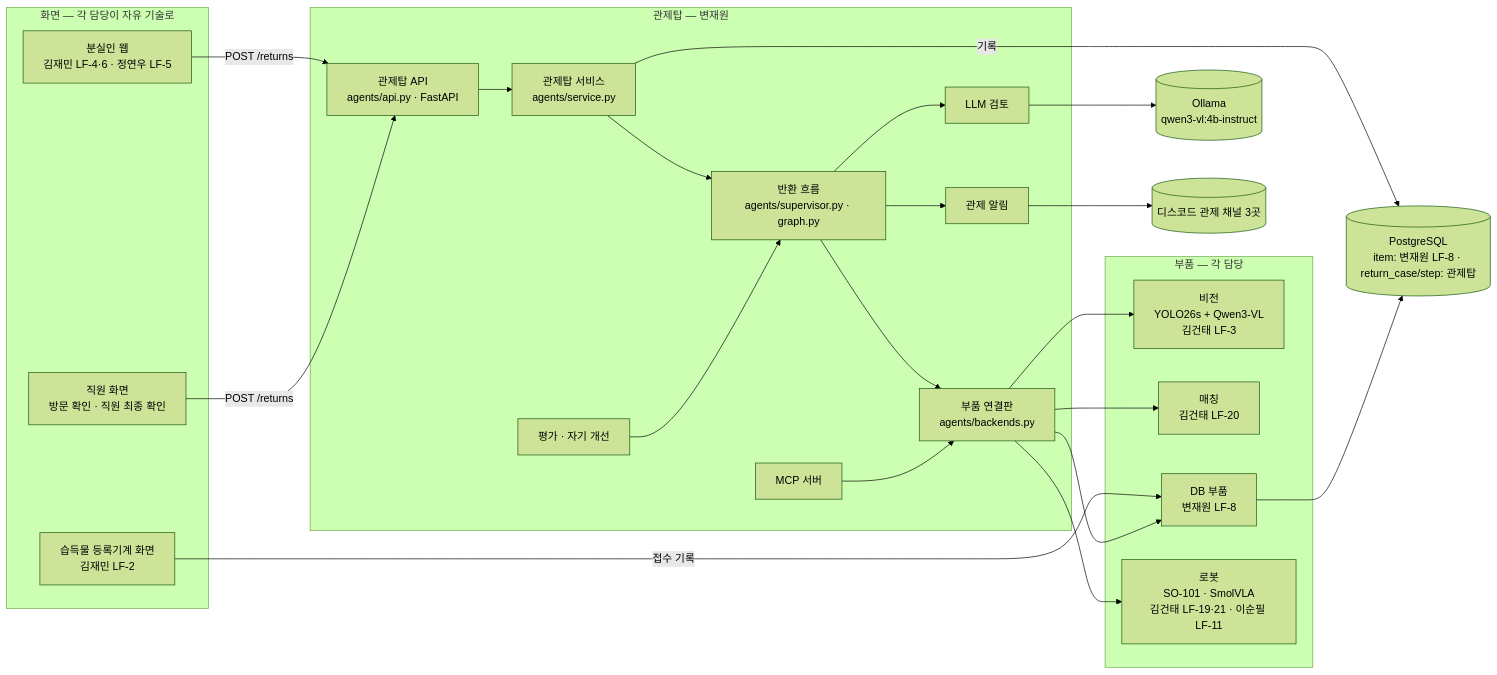
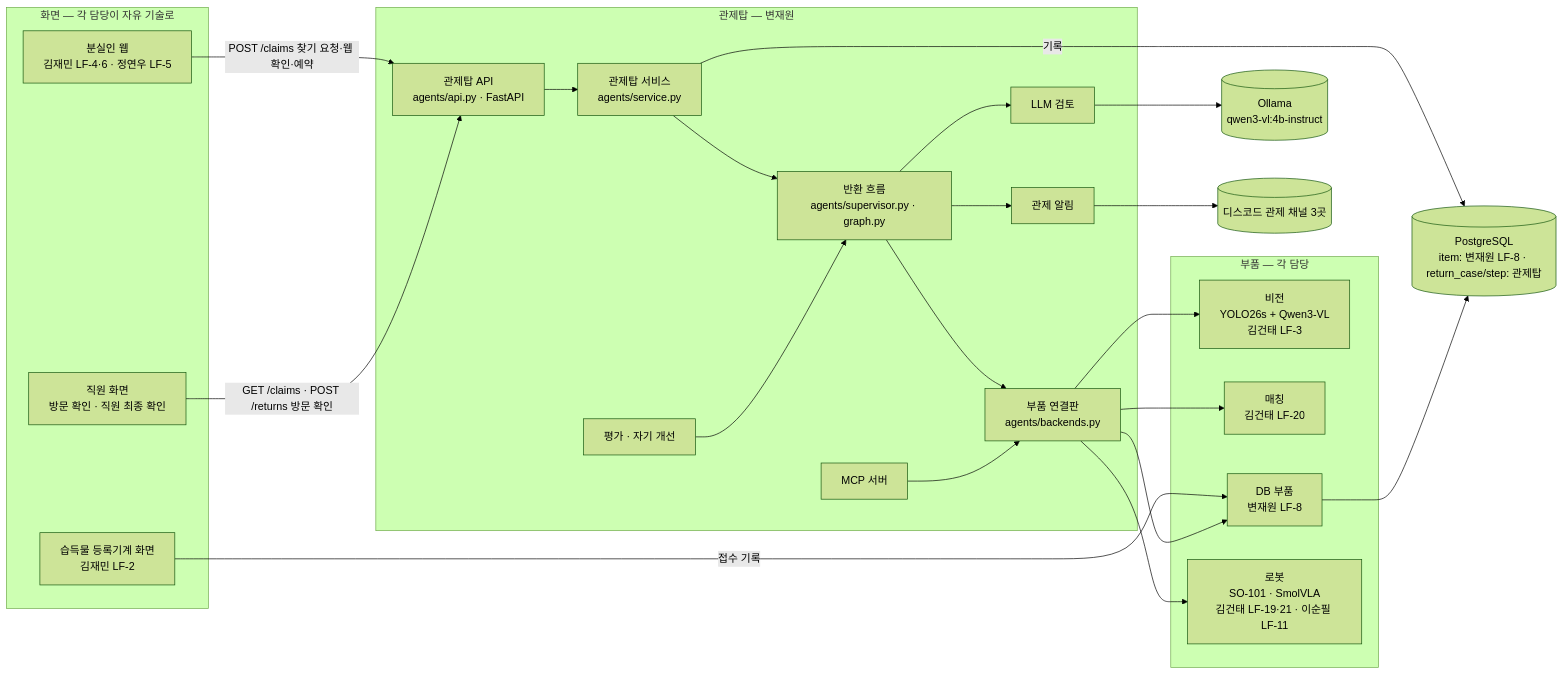
The first of 2 diagrams in docs/design/architecture.md (agentops-lostfound/ai-lostfound-tower), drawn with Mermaid (forest theme) before and after one commit. The commit also changed other lines of this file and 9 other files, not shown here.

First line of the commit message:
LF-14 웹·관제탑 2단계 연결(POST /claims·GET /claims·claim_id 반환)과 본센터 직원 화면(/staff) 추가 (웹 확인 결과를 저장값으로만 쓰고, 방문 때 현장 확인 3개로 반환 시작)

````diff
--- a/docs/design/architecture.md
+++ b/docs/design/architecture.md
@@ -7,38 +7,38 @@
 ```mermaid
 flowchart LR
   subgraph Screens[화면 — 각 담당이 자유 기술로]
     Kiosk[습득물 등록기계 화면<br/>김재민 LF-2]
     Web[분실인 웹<br/>김재민 LF-4·6 · 정연우 LF-5]
     Staff[직원 화면<br/>방문 확인 · 직원 최종 확인]
   end
   subgraph Tower[관제탑 — 변재원]
     API[관제탑 API<br/>agents/api.py · FastAPI]
     SVC[관제탑 서비스<br/>agents/service.py]
     SUP[반환 흐름<br/>agents/supervisor.py · graph.py]
     CB[부품 연결판<br/>agents/backends.py]
     REV[LLM 검토]
     REP[관제 알림]
     EVAL[평가 · 자기 개선]
     MCP[MCP 서버]
   end
   subgraph Parts[부품 — 각 담당]
     V[비전<br/>YOLO26s + Qwen3-VL<br/>김건태 LF-3]
     M[매칭<br/>김건태 LF-20]
     D[DB 부품<br/>변재원 LF-8]
     R[로봇<br/>SO-101 · SmolVLA<br/>김건태 LF-19·21 · 이순필 LF-11]
   end
   PG[(PostgreSQL<br/>item: 변재원 LF-8 · return_case/step: 관제탑)]
   OL[(Ollama<br/>qwen3-vl:4b-instruct)]
   DC[(디스코드 관제 채널 3곳)]
   Kiosk -->|접수 기록| D
-  Web -->|POST /returns| API
-  Staff -->|POST /returns| API
+  Web -->|POST /claims 찾기 요청·웹 확인·예약| API
+  Staff -->|GET /claims · POST /returns 방문 확인| API
   API --> SVC --> SUP --> CB
   SVC -->|기록| PG
   CB --> V & M & D & R
   D --> PG
   SUP --> REV --> OL
   SUP --> REP --> DC
   EVAL --> SUP
   MCP --> CB
 ```
````
